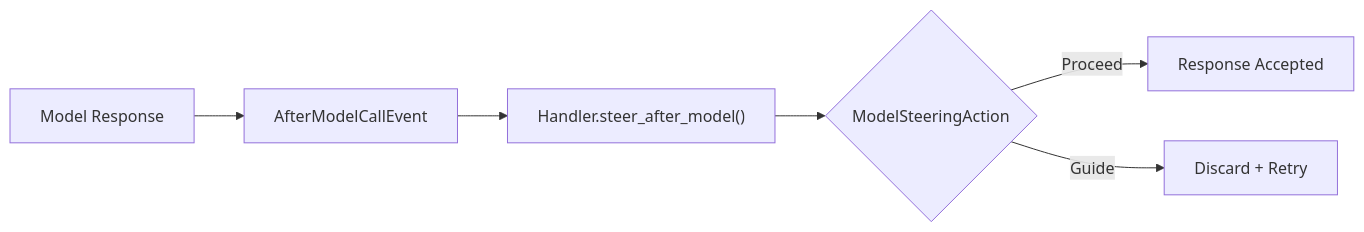
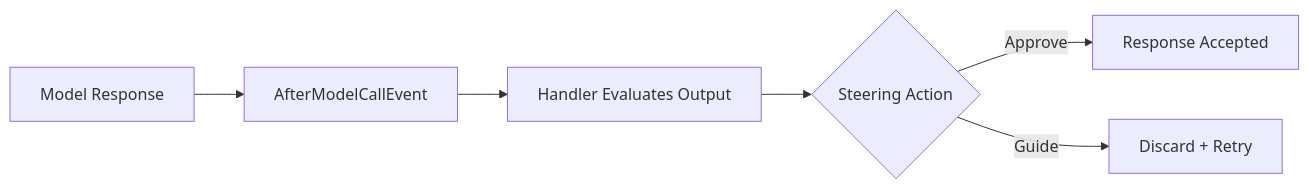
One commit to zastrowm/sdk-python changed the third of 4 diagrams in site/src/content/docs/user-guide/concepts/plugins/steering.mdx. Above: the diagram before and after it, drawn with Mermaid. The commit also changed other lines of this file and 10 other files, not shown here.

````diff
--- a/site/src/content/docs/user-guide/concepts/plugins/steering.mdx
+++ b/site/src/content/docs/user-guide/concepts/plugins/steering.mdx
@@ -61,8 +58,8 @@
 ```mermaid
 flowchart LR
     A[Model Response] --> B[AfterModelCallEvent]
-    B --> C["Handler.steer_after_model()"]
-    C --> D{ModelSteeringAction}
-    D -->|Proceed| E[Response Accepted]
+    B --> C[Handler Evaluates Output]
+    C --> D{Steering Action}
+    D -->|Approve| E[Response Accepted]
     D -->|Guide| F[Discard + Retry]
 ```
````
